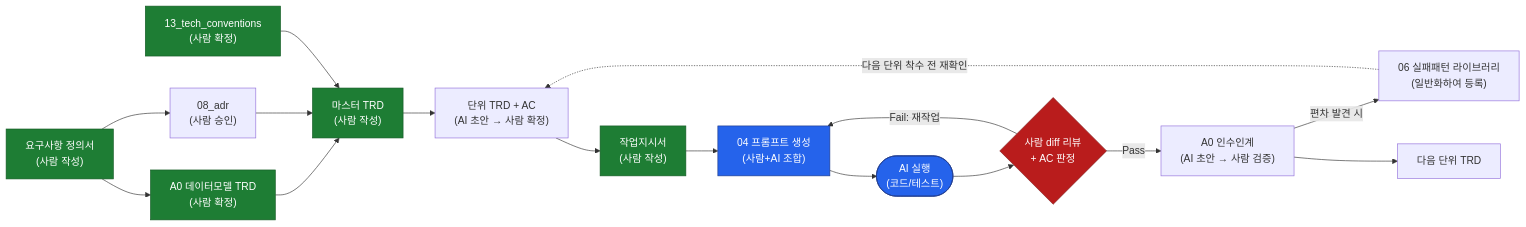
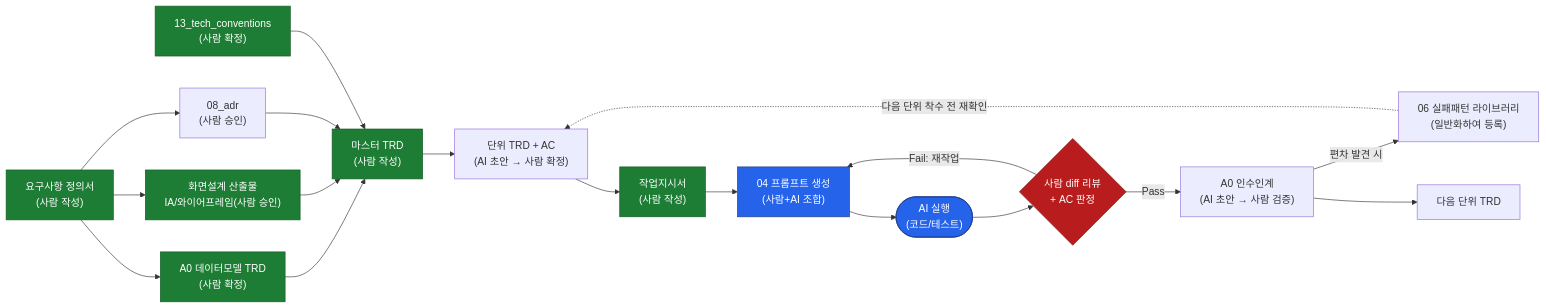
The third of 4 diagrams in harness/harness_structure_diagram.md (jcs19752510-ui/HARNESS_BASIC), drawn with Mermaid before and after one commit. The commit also changed other lines of this file and 11 other files, not shown here.

````diff
--- a/harness/harness_structure_diagram.md
+++ b/harness/harness_structure_diagram.md
@@ -115,25 +116,27 @@
 ```mermaid
 flowchart LR
     REQ["요구사항 정의서<br/>(사람 작성)"] --> ADR["08_adr<br/>(사람 승인)"]
+    REQ --> SCREEN["화면설계 산출물<br/>IA/와이어프레임(사람 승인)"]
     REQ --> TRD0["A0 데이터모델 TRD<br/>(사람 확정)"]
     TRD0 --> MTRD["마스터 TRD<br/>(사람 작성)"]
+    SCREEN --> MTRD
     ADR --> MTRD
     TC["13_tech_conventions<br/>(사람 확정)"] --> MTRD
     MTRD --> UTRD["단위 TRD + AC<br/>(AI 초안 → 사람 확정)"]
     UTRD --> WO["작업지시서<br/>(사람 작성)"]
     WO --> PROMPT["04 프롬프트 생성<br/>(사람+AI 조합)"]
     PROMPT --> AI(["AI 실행<br/>(코드/테스트)"])
     AI --> REVIEW{"사람 diff 리뷰<br/>+ AC 판정"}
     REVIEW -- "Fail: 재작업" --> PROMPT
     REVIEW -- Pass --> A0["A0 인수인계<br/>(AI 초안 → 사람 검증)"]
     A0 -->|"편차 발견 시"| FAIL["06 실패패턴 라이브러리<br/>(일반화하여 등록)"]
     FAIL -.->|"다음 단위 착수 전 재확인"| UTRD
     A0 --> NEXT["다음 단위 TRD"]
 
     classDef human fill:#1e7d34,color:#fff,stroke:#145a24
     classDef ai fill:#2563eb,color:#fff,stroke:#1e3a8a
     classDef gate fill:#b91c1c,color:#fff,stroke:#7f1d1d
-    class REQ,TRD0,MTRD,TC,WO human
+    class REQ,TRD0,MTRD,TC,WO,SCREEN human
     class AI,PROMPT ai
     class REVIEW gate
 ```
````
